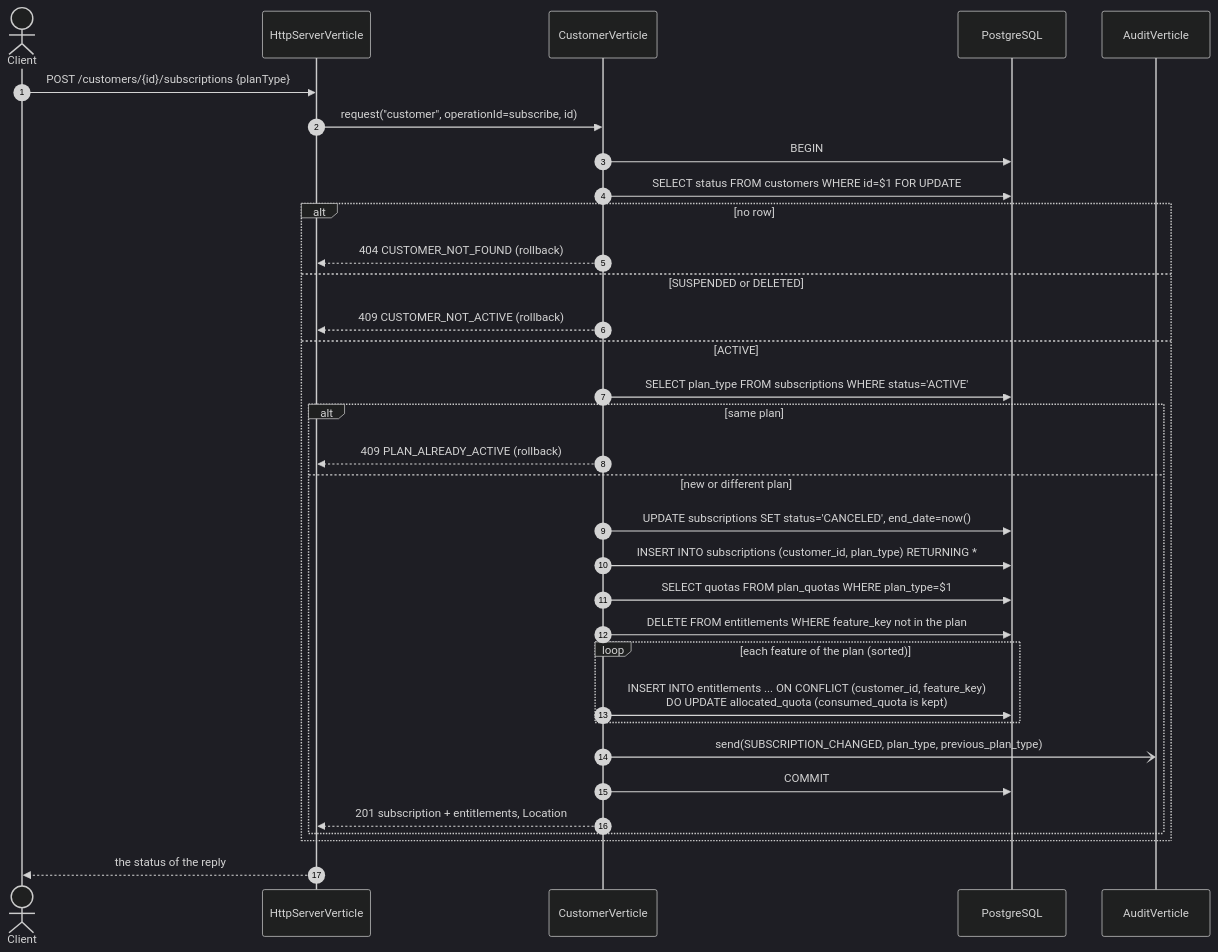
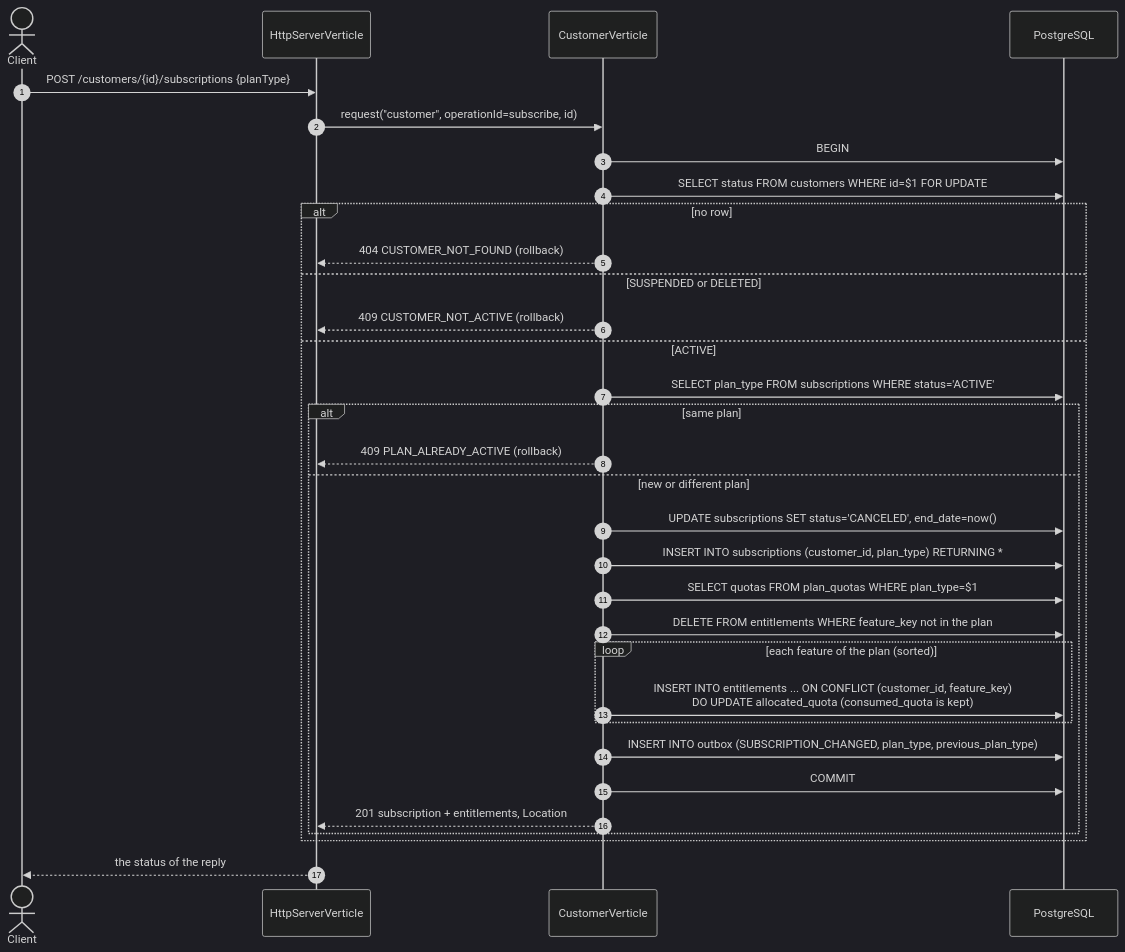
Before and after one commit to bataillec/customer-api-vertx: the seventh of 17 diagrams in docs/ARCHITECTURE.md, drawn with Mermaid (dark theme). The commit also changed other lines of this file and 41 other files, not shown here.

First line of the commit message:
feat(Audit): Write audit events through a transactional outbox (#23)

````diff
--- a/docs/ARCHITECTURE.md
+++ b/docs/ARCHITECTURE.md
@@ -256,35 +260,34 @@
 ```mermaid
 sequenceDiagram
     autonumber
     actor C as Client
     participant H as HttpServerVerticle
     participant CU as CustomerVerticle
     participant DB as PostgreSQL
-    participant A as AuditVerticle
     C ->> H: POST /customers/{id}/subscriptions {planType}
     H ->> CU: request("customer", operationId=subscribe, id)
     CU ->> DB: BEGIN
     CU ->> DB: SELECT status FROM customers WHERE id=$1 FOR UPDATE
     alt no row
         CU -->> H: 404 CUSTOMER_NOT_FOUND (rollback)
     else SUSPENDED or DELETED
         CU -->> H: 409 CUSTOMER_NOT_ACTIVE (rollback)
     else ACTIVE
         CU ->> DB: SELECT plan_type FROM subscriptions WHERE status='ACTIVE'
         alt same plan
             CU -->> H: 409 PLAN_ALREADY_ACTIVE (rollback)
         else new or different plan
             CU ->> DB: UPDATE subscriptions SET status='CANCELED', end_date=now()
             CU ->> DB: INSERT INTO subscriptions (customer_id, plan_type) RETURNING *
             CU ->> DB: SELECT quotas FROM plan_quotas WHERE plan_type=$1
             CU ->> DB: DELETE FROM entitlements WHERE feature_key not in the plan
             loop each feature of the plan (sorted)
                 CU ->> DB: INSERT INTO entitlements ... ON CONFLICT (customer_id, feature_key)<br/>DO UPDATE allocated_quota (consumed_quota is kept)
             end
-            CU -) A: send(SUBSCRIPTION_CHANGED, plan_type, previous_plan_type)
+            CU ->> DB: INSERT INTO outbox (SUBSCRIPTION_CHANGED, plan_type, previous_plan_type)
             CU ->> DB: COMMIT
             CU -->> H: 201 subscription + entitlements, Location
         end
     end
     H -->> C: the status of the reply
 ```
````
